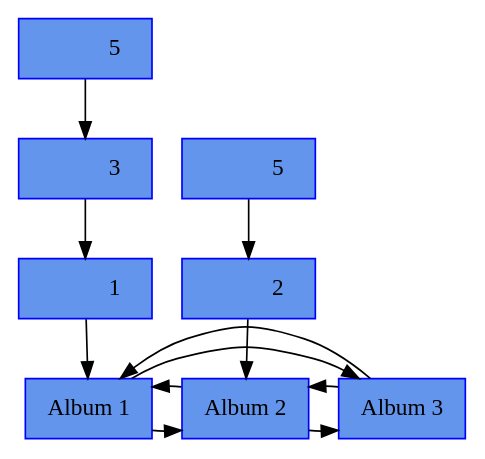
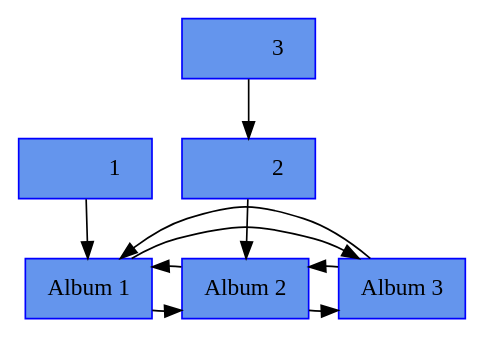
One commit to KINGR0X/EDD_PROYECTO_202044192 changed the diagram in Fase2/lista_album.dot. Above: the diagram before and after it, drawn with Graphviz. The commit also changed 68 other files, not shown here.

```diff
--- a/Fase2/lista_album.dot
+++ b/Fase2/lista_album.dot
@@ -1,28 +1,24 @@
  digraph albumes {
      node [shape=box, style=filled, color=blue, fillcolor=cornflowerblue];
      "Node           1 " [label="Album 1"];
      "Node           1 " -> "Node           2 ";
      "Node           1 " -> "Node           3 ";
      "Node_img           2 " [label="           1 "];
      "Node_img           2 " -> "Node           1 ";
-     "Node_img           3 " [label="           3 "];
-     "Node_img           3 " -> "Node_img           2 ";
-     "Node_img           4 " [label="           5 "];
-     "Node_img           4 " -> "Node_img           3 ";
      "Node           2 " [label="Album 2"];
      "Node           2 " -> "Node           3 ";
      "Node           2 " -> "Node           1 ";
-     "Node_img           6 " [label="           2 "];
-     "Node_img           6 " -> "Node           2 ";
-     "Node_img           7 " [label="           5 "];
-     "Node_img           7 " -> "Node_img           6 ";
+     "Node_img           4 " [label="           2 "];
+     "Node_img           4 " -> "Node           2 ";
+     "Node_img           5 " [label="           3 "];
+     "Node_img           5 " -> "Node_img           4 ";
      "Node           3 " [label="Album 3"];
      "Node           3 " -> "Node           1 ";
      "Node           3 " -> "Node           2 ";
  
 {rank=same;     "Node           1 ";
      "Node           2 ";
      "Node           3 ";
 };
  
  }
```
